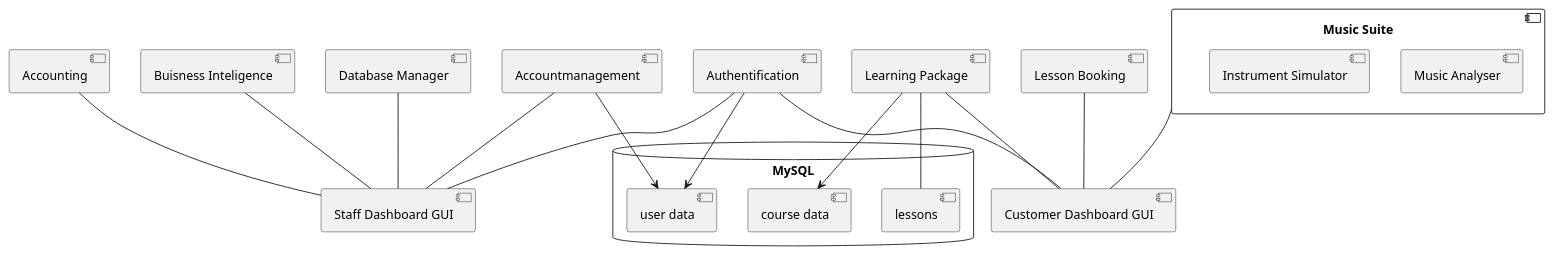
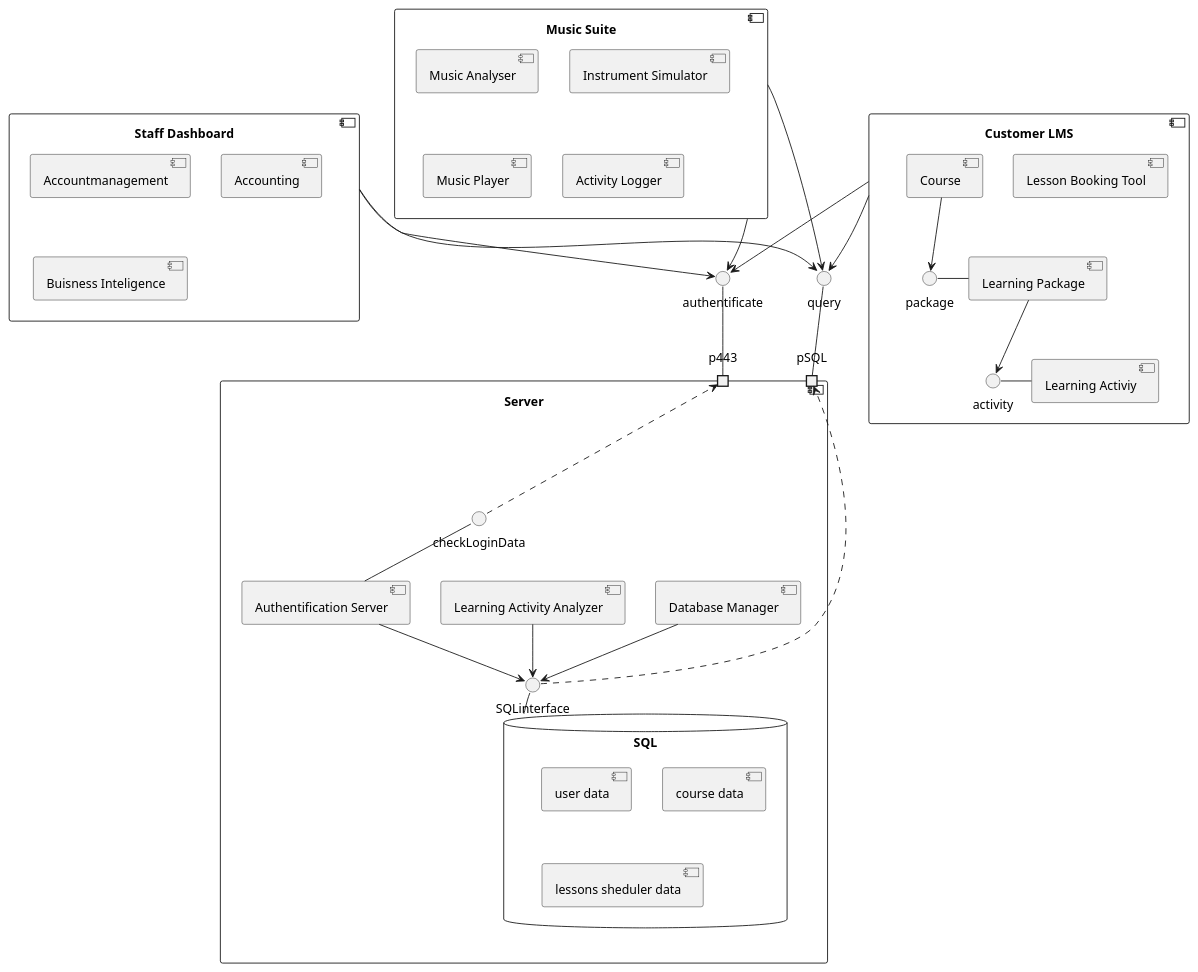
The second of 4 diagrams in README.md (Famondir/Music-Suite), drawn with PlantUML before and after one commit. The commit also changed other lines of this file, not shown here.

Commit message:
Finished UML part.

````diff
--- a/README.md
+++ b/README.md
@@ -162,29 +172,76 @@
 ```plantuml
 @startuml
-database "MySQL" {
-    [user data]
-    [course data]
-    [lessons]
+component "Server" {
+    database "SQL" {
+        [user data]
+        [course data]
+        [lessons sheduler data]
+    }
+
+    [Authentification Server]
+    [Database Manager]
+    [Learning Activity Analyzer]
+
+    () "checkLoginData"
+    checkLoginData -- [Authentification Server]
+
+    port p443
+    checkLoginData .> p443
+
+    () "SQLinterface"
+    SQLinterface -- SQL
+
+    port pSQL
+    SQLinterface .> pSQL
+    [Database Manager] --> SQLinterface
+    [Authentification Server] --> SQLinterface
+    [Learning Activity Analyzer] --> SQLinterface
 }
+
+() "authentificate"
+p443 -up- authentificate
+
+() "query"
+pSQL -up- query
 
 component "Music Suite" {
     [Music Analyser]
     [Instrument Simulator]
+    [Music Player]
+    [Activity Logger]
 }
 
-[Accountmanagement] --> [user data]
-[Authentification] --> [user data]
-[Authentification] -- [Customer Dashboard GUI]
-[Authentification] -- [Staff Dashboard GUI]
-[Lesson Booking] -- [Customer Dashboard GUI]
-[Learning Package] -- [Customer Dashboard GUI]
-[Learning Package] --> [course data]
-[Learning Package] -- [lessons]
-[Buisness Inteligence] -- [Staff Dashboard GUI]
-[Accountmanagement] -- [Staff Dashboard GUI]
-[Database Manager] -- [Staff Dashboard GUI]
-[Accounting] -- [Staff Dashboard GUI]
+component "Customer LMS" {
+    [Lesson Booking Tool]
+    [Learning Package]
+    [Course]
+    [Learning Activiy]
 
-[Music Suite] -- [Customer Dashboard GUI]
+    () "activity"
+    activity - [Learning Activiy]
+
+    () "package"
+    package - [Learning Package]
+
+    [Learning Package] --> activity
+    [Course] --> package
+}
+
+component "Staff Dashboard" {
+    [Accountmanagement]
+    [Accounting]
+    [Buisness Inteligence]
+}
+
+[Customer LMS] --> authentificate
+[Staff Dashboard] --> authentificate
+[Music Suite] --> authentificate
+[Customer LMS] --> query
+[Staff Dashboard] --> query
+[Music Suite] --> query
+
+[Music Suite] -[hidden]-> [Customer LMS]
+[Staff Dashboard] -[hidden]> [Server]
+[Server] -[hidden]> [Customer LMS]
 @enduml
 ```
````
